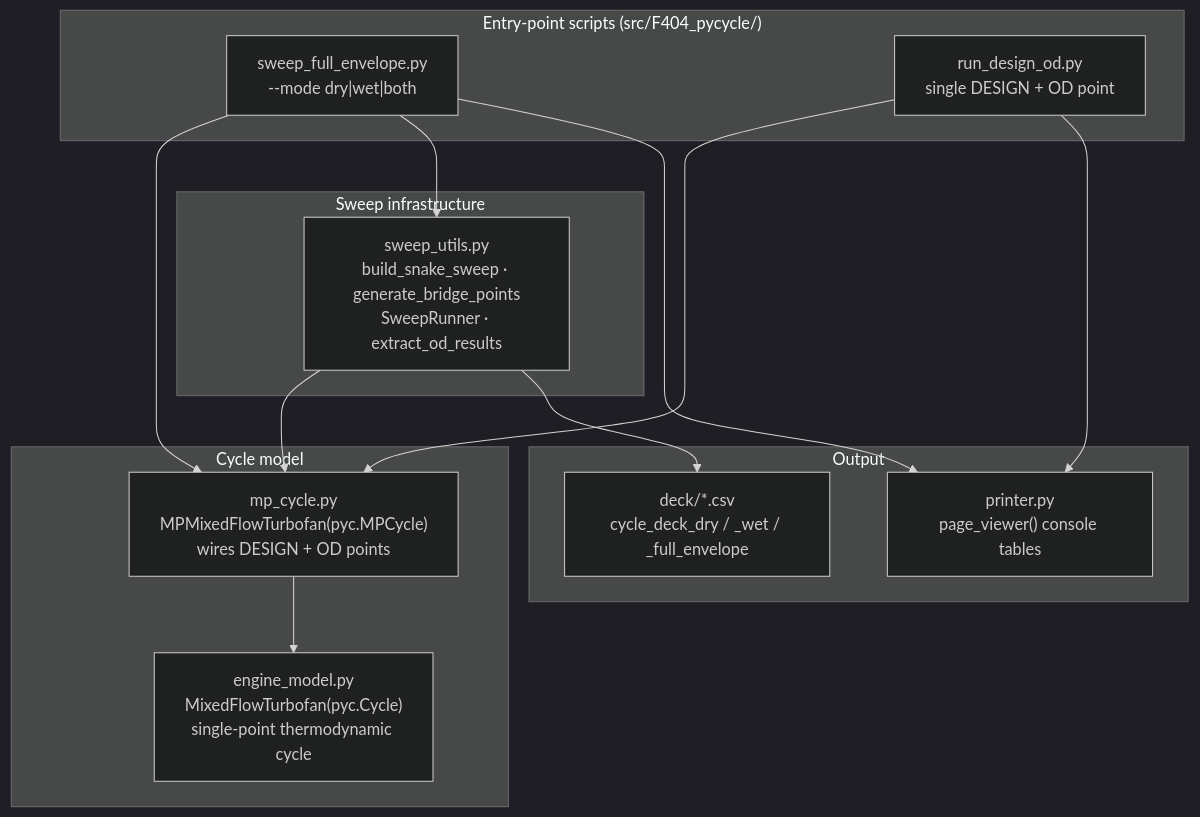
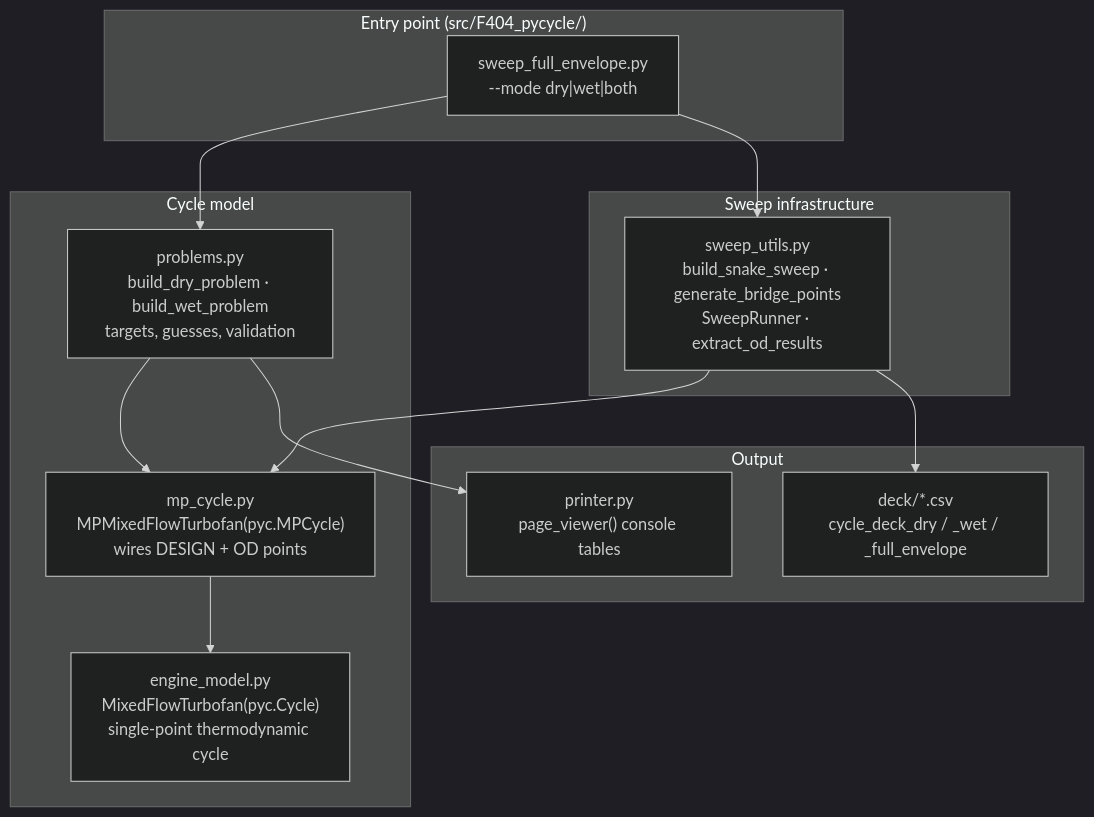
One commit to Jhawk414/F404 changed the diagram in README.md. Above: the diagram before and after it, drawn with Mermaid (dark theme). The commit also changed other lines of this file and 2 other files, not shown here.

````diff
--- a/README.md
+++ b/README.md
@@ -73,30 +75,29 @@
 ```mermaid
 flowchart TD
-    subgraph Drivers["Entry-point scripts (src/F404_pycycle/)"]
+    subgraph Drivers["Entry point (src/F404_pycycle/)"]
         A["sweep_full_envelope.py<br/>--mode dry|wet|both"]
-        B["run_design_od.py<br/>single DESIGN + OD point"]
     end
 
     subgraph Model["Cycle model"]
+        B["problems.py<br/>build_dry_problem · build_wet_problem<br/>targets, guesses, validation"]
         C["mp_cycle.py<br/>MPMixedFlowTurbofan(pyc.MPCycle)<br/>wires DESIGN + OD points"]
         D["engine_model.py<br/>MixedFlowTurbofan(pyc.Cycle)<br/>single-point thermodynamic cycle"]
     end
 
     subgraph Sweep["Sweep infrastructure"]
         E["sweep_utils.py<br/>build_snake_sweep · generate_bridge_points<br/>SweepRunner · extract_od_results"]
     end
 
     subgraph Output["Output"]
         F["printer.py<br/>page_viewer() console tables"]
         G["deck/*.csv<br/>cycle_deck_dry / _wet / _full_envelope"]
     end
 
-    A --> C
+    A --> B
     B --> C
     C --> D
+    B --> F
     A --> E
     E --> C
     E --> G
-    A --> F
-    B --> F
 ```
````
